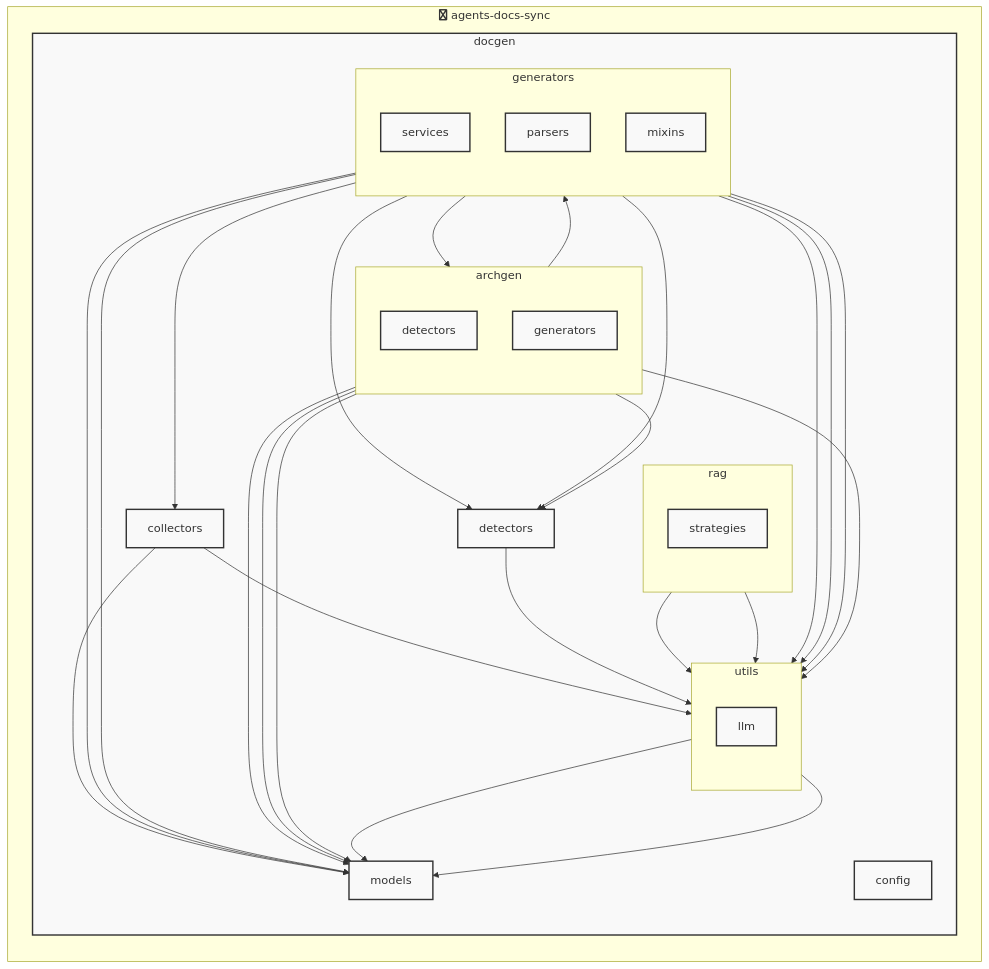
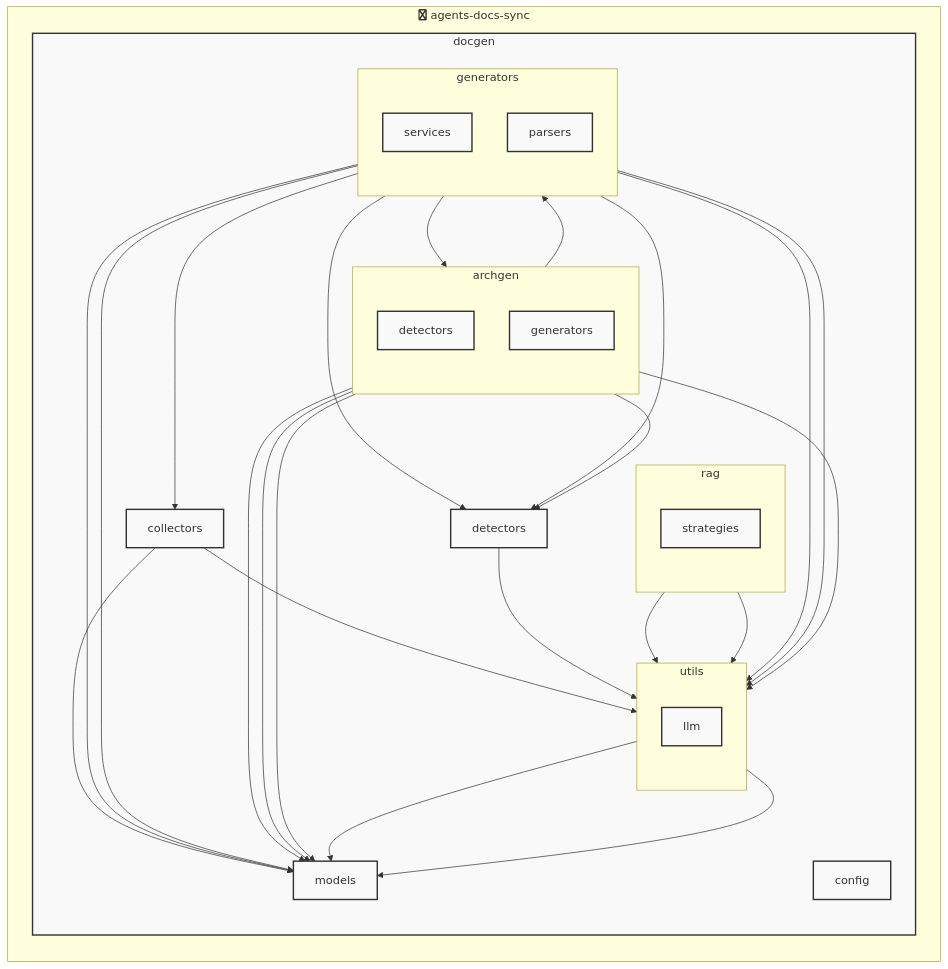
One commit to shiohamu/agents-docs-sync changed the diagram in docs/architecture/architecture.mmd. Above: the diagram before and after it, drawn with Mermaid. The commit also changed 19 other files, not shown here.

```diff
--- a/docs/architecture/architecture.mmd
+++ b/docs/architecture/architecture.mmd
@@ -1,65 +1,63 @@
 graph TB
     %% Auto-generated architecture diagram
 
     subgraph agents_docs_sync [fa:fa-python agents-docs-sync]
         direction TB
         subgraph docgen [docgen]
             direction TB
             docgen_collectors["collectors"]:::moduleStyle
             subgraph docgen_utils [utils]
                 direction TB
                 docgen_utils_llm["llm"]:::moduleStyle
             end
             class docgen_utils moduleStyle
             docgen_models["models"]:::moduleStyle
             subgraph docgen_archgen [archgen]
                 direction TB
                 docgen_archgen_detectors["detectors"]:::moduleStyle
                 docgen_archgen_generators["generators"]:::moduleStyle
             end
             class docgen_archgen moduleStyle
             docgen_detectors["detectors"]:::moduleStyle
             subgraph docgen_generators [generators]
                 direction TB
                 docgen_generators_services["services"]:::moduleStyle
                 docgen_generators_parsers["parsers"]:::moduleStyle
-                docgen_generators_mixins["mixins"]:::moduleStyle
             end
             class docgen_generators moduleStyle
             subgraph docgen_rag [rag]
                 direction TB
                 docgen_rag_strategies["strategies"]:::moduleStyle
             end
             class docgen_rag moduleStyle
             docgen_config["config"]:::moduleStyle
         end
         class docgen moduleStyle
     end
 
     docgen_collectors --> docgen_models
     docgen_collectors --> docgen_utils
     docgen_utils --> docgen_models
     docgen_utils_llm --> docgen_models
     docgen_archgen --> docgen_detectors
     docgen_archgen --> docgen_generators
     docgen_archgen --> docgen_models
     docgen_archgen --> docgen_utils
     docgen_archgen_detectors --> docgen_models
     docgen_archgen_generators --> docgen_models
     docgen_detectors --> docgen_utils
     docgen_generators --> docgen_archgen
     docgen_generators --> docgen_collectors
     docgen_generators --> docgen_detectors
     docgen_generators --> docgen_models
     docgen_generators --> docgen_utils
     docgen_generators_parsers --> docgen_detectors
     docgen_generators_parsers --> docgen_models
     docgen_generators_parsers --> docgen_utils
-    docgen_generators_mixins --> docgen_utils
     docgen_rag --> docgen_utils
     docgen_rag_strategies --> docgen_utils
 
     classDef pythonStyle fill:#3776ab,stroke:#ffd43b,stroke-width:2px,color:#fff
     classDef dockerStyle fill:#2496ed,stroke:#1d63ed,stroke-width:2px,color:#fff
     classDef dbStyle fill:#336791,stroke:#6b9cd6,stroke-width:2px,color:#fff
     classDef moduleStyle fill:#f9f9f9,stroke:#333,stroke-width:2px
```
